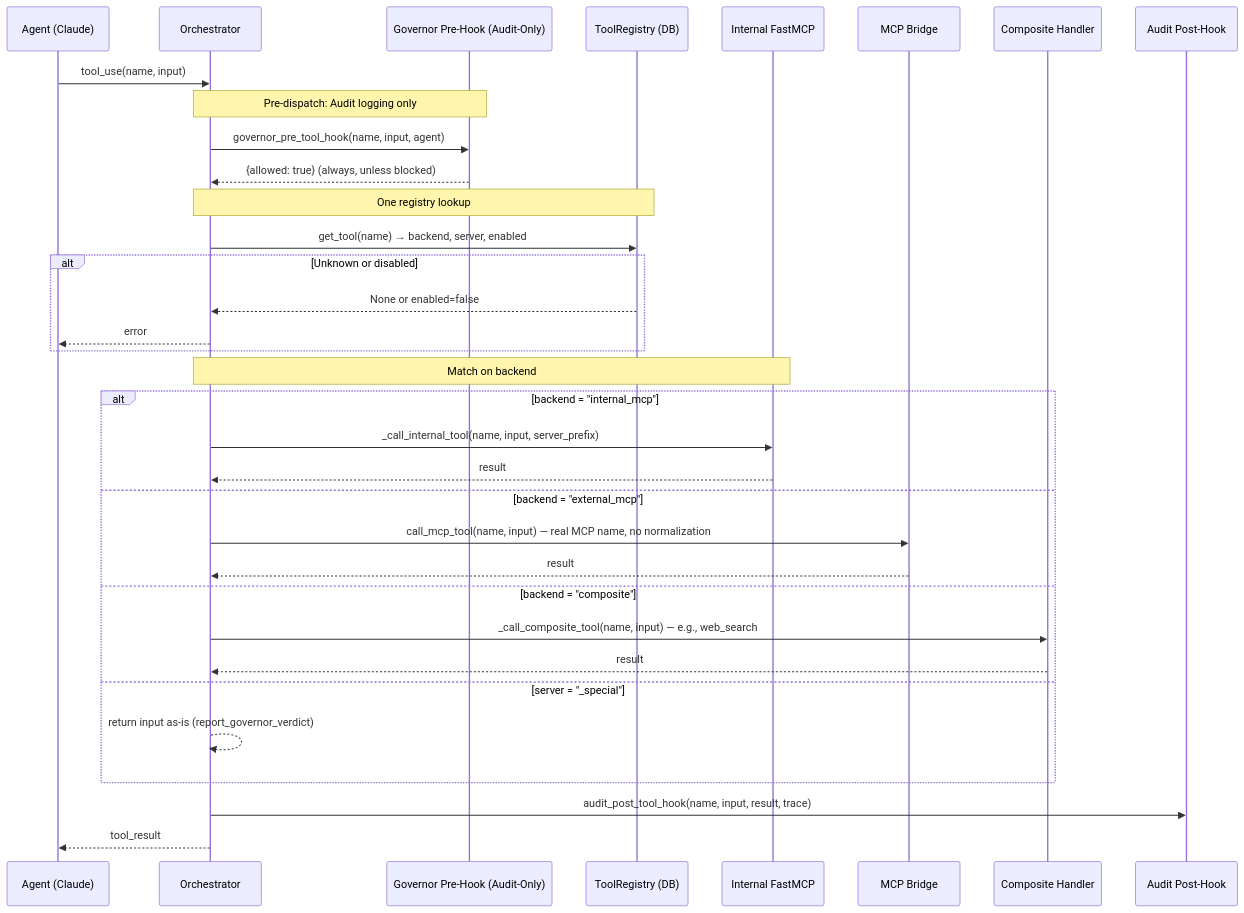
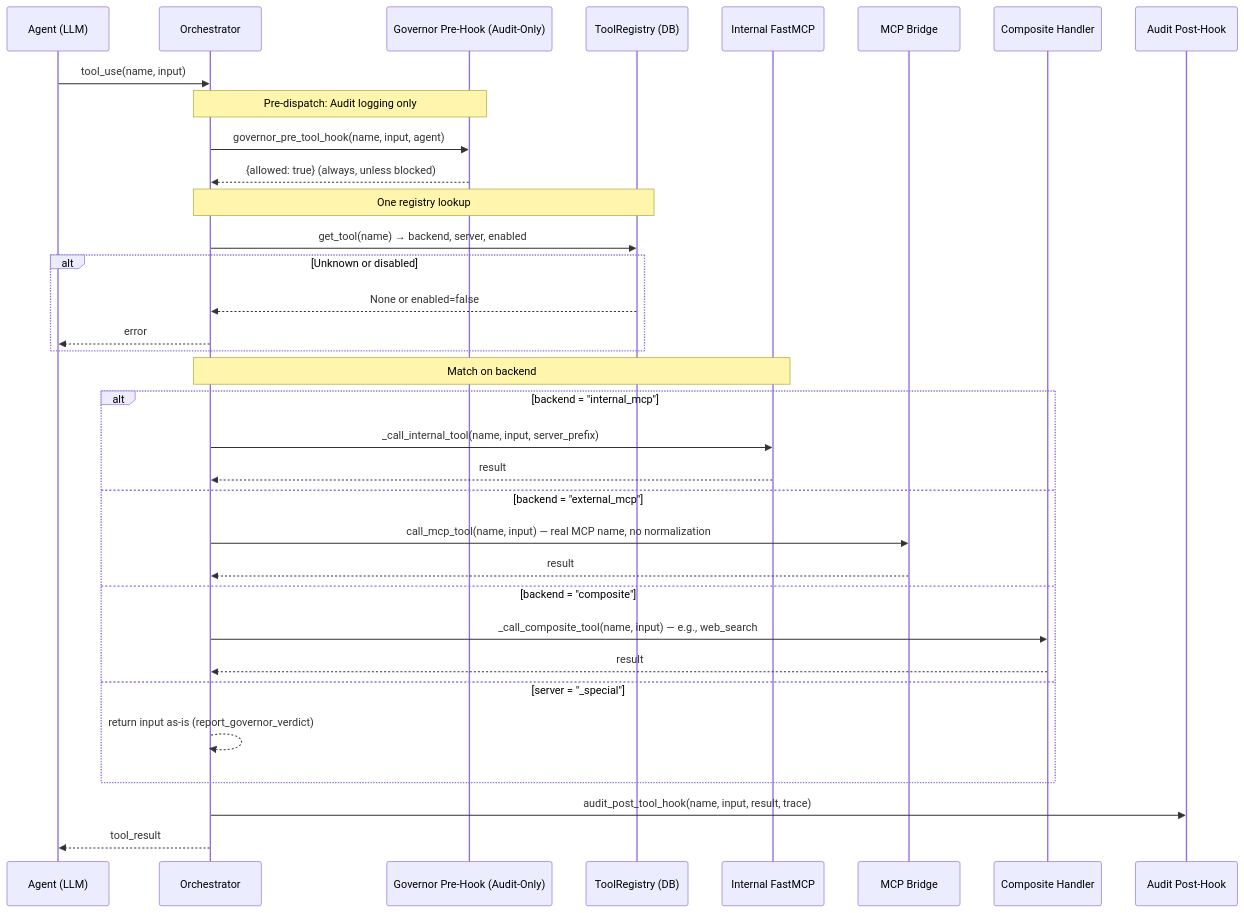
Before and after one commit to shivadharmi/muldro: the diagram in docs/architecture/tools-mcp.md, drawn with Mermaid. The commit also changed 11 other files, not shown here.

````diff
--- a/docs/architecture/tools-mcp.md
+++ b/docs/architecture/tools-mcp.md
@@ -7,41 +7,41 @@
 ```mermaid
 sequenceDiagram
-    participant A as Agent (Claude)
+    participant A as Agent (LLM)
     participant O as Orchestrator
     participant H as Governor Pre-Hook (Audit-Only)
     participant R as ToolRegistry (DB)
     participant I as Internal FastMCP
     participant M as MCP Bridge
     participant C as Composite Handler
     participant AU as Audit Post-Hook
 
     A->>O: tool_use(name, input)
 
     Note over O,H: Pre-dispatch: Audit logging only
     O->>H: governor_pre_tool_hook(name, input, agent)
     H-->>O: {allowed: true} (always, unless blocked)
 
     Note over O,R: One registry lookup
     O->>R: get_tool(name) → backend, server, enabled
     alt Unknown or disabled
         R-->>O: None or enabled=false
         O-->>A: error
     end
 
     Note over O,I: Match on backend
     alt backend = "internal_mcp"
         O->>I: _call_internal_tool(name, input, server_prefix)
         I-->>O: result
     else backend = "external_mcp"
         O->>M: call_mcp_tool(name, input) — real MCP name, no normalization
         M-->>O: result
     else backend = "composite"
         O->>C: _call_composite_tool(name, input) — e.g., web_search
         C-->>O: result
     else server = "_special"
         O-->>O: return input as-is (report_governor_verdict)
     end
 
     O->>AU: audit_post_tool_hook(name, input, result, trace)
     O-->>A: tool_result
 ```
````
